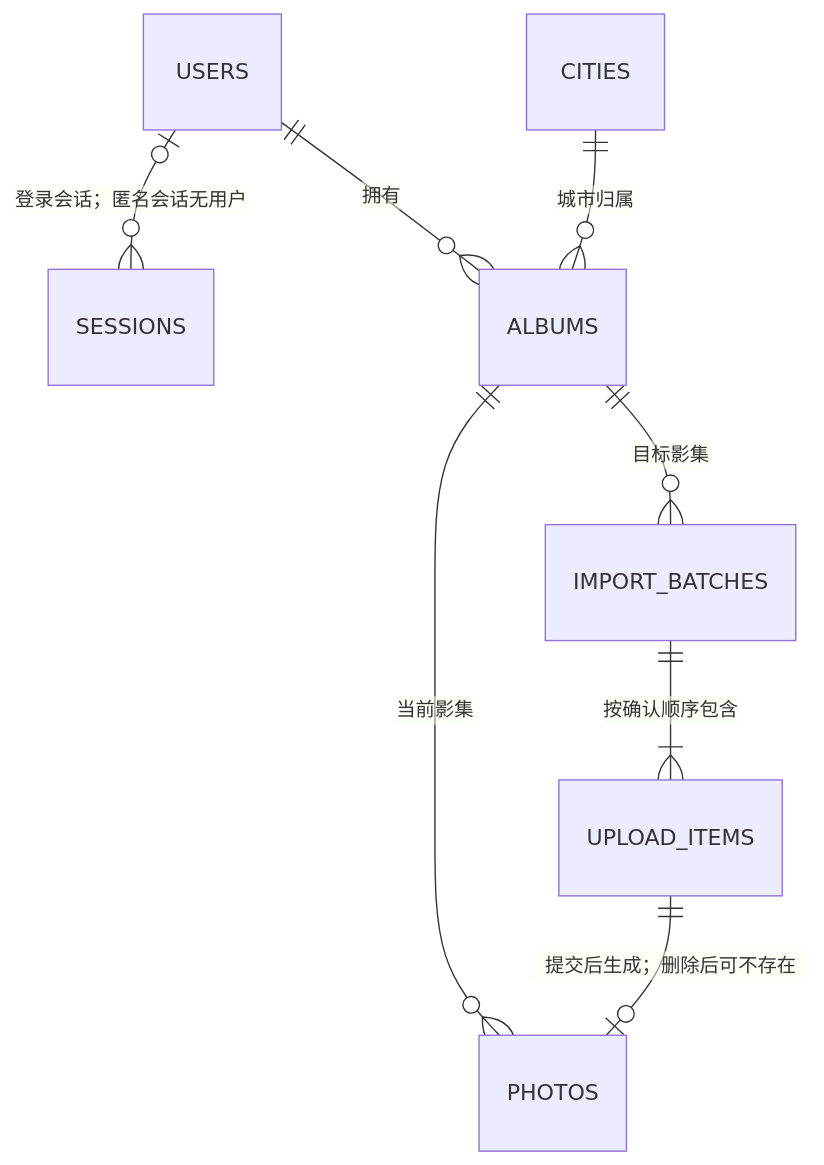
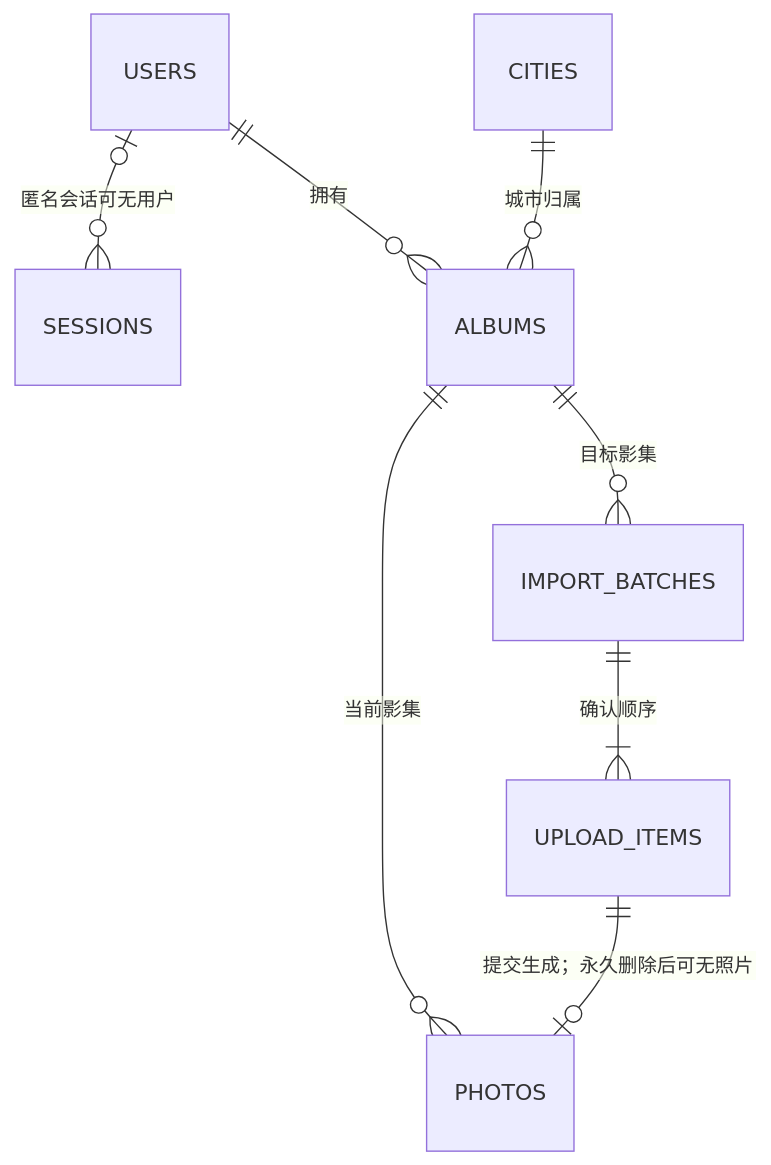
The diagram in docs/architecture/data-api-design.md (Staid-hhq/city-memories), drawn with Mermaid before and after one commit. The commit also changed other lines of this file and 27 other files, not shown here.

Commit message:
docs: align current architecture and consolidate iteration reports

````diff
--- a/docs/architecture/data-api-design.md
+++ b/docs/architecture/data-api-design.md
@@ -25,10 +11,10 @@
 ```mermaid
 erDiagram
-    USERS o|--o{ SESSIONS : "登录会话；匿名会话无用户"
+    USERS o|--o{ SESSIONS : "匿名会话可无用户"
     USERS ||--o{ ALBUMS : "拥有"
     CITIES ||--o{ ALBUMS : "城市归属"
     ALBUMS ||--o{ PHOTOS : "当前影集"
     ALBUMS ||--o{ IMPORT_BATCHES : "目标影集"
-    IMPORT_BATCHES ||--|{ UPLOAD_ITEMS : "按确认顺序包含"
-    UPLOAD_ITEMS ||--o| PHOTOS : "提交后生成；删除后可不存在"
+    IMPORT_BATCHES ||--|{ UPLOAD_ITEMS : "确认顺序"
+    UPLOAD_ITEMS ||--o| PHOTOS : "提交生成；永久删除后可无照片"
 ```
````
